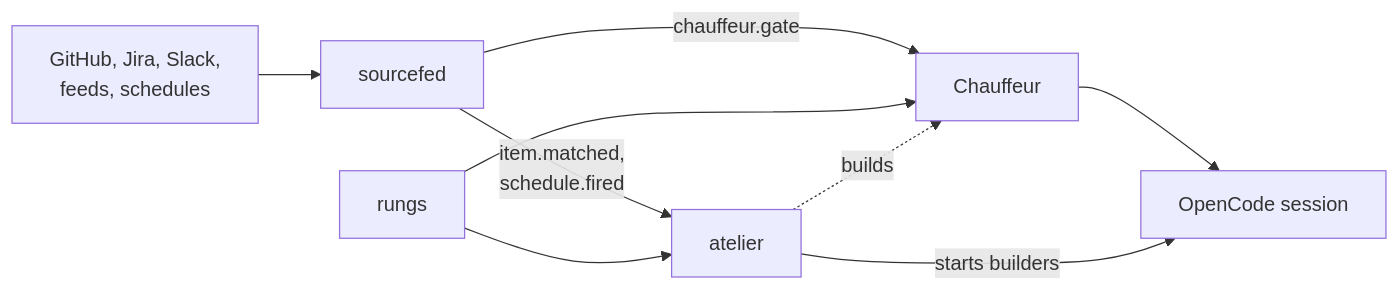
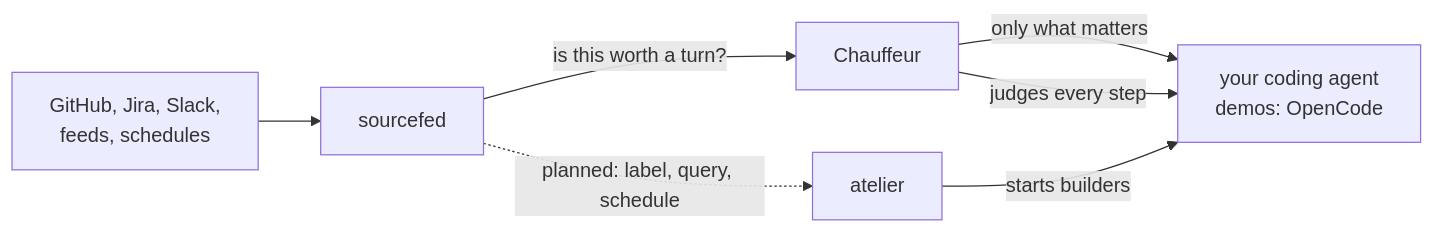
One commit to StevenJPx2/workhorse changed the second of 3 diagrams in deck/slides.md. Above: the diagram before and after it, drawn with Mermaid. The commit also changed other lines of this file and 8 other files, not shown here.

Commit message:
docs(deck): tell the story through sourcefed, Chauffeur and atelier demos (#41)

````diff
--- a/deck/slides.md
+++ b/deck/slides.md
@@ -164,11 +344,9 @@
-```mermaid {scale: 0.65}
+```mermaid {scale: 0.75}
 flowchart LR
     Sources["GitHub, Jira, Slack,<br/>feeds, schedules"] --> SF["sourcefed"]
-    SF -- "chauffeur.gate" --> CH["Chauffeur"]
-    CH --> OC["OpenCode session"]
-    SF -- "item.matched,<br/>schedule.fired" --> AT["atelier"]
-    AT -- "starts builders" --> OC
-    RU["rungs"] --> AT
-    RU --> CH
-    AT -. "builds" .-> CH
+    SF -- "is this worth a turn?" --> CH["Chauffeur"]
+    CH -- "only what matters" --> Agent["your coding agent<br/>demos: OpenCode"]
+    CH -- "judges every step" --> Agent
+    SF -. "planned: label, query, schedule" .-> AT["atelier"]
+    AT -- "starts builders" --> Agent
 ```
````
